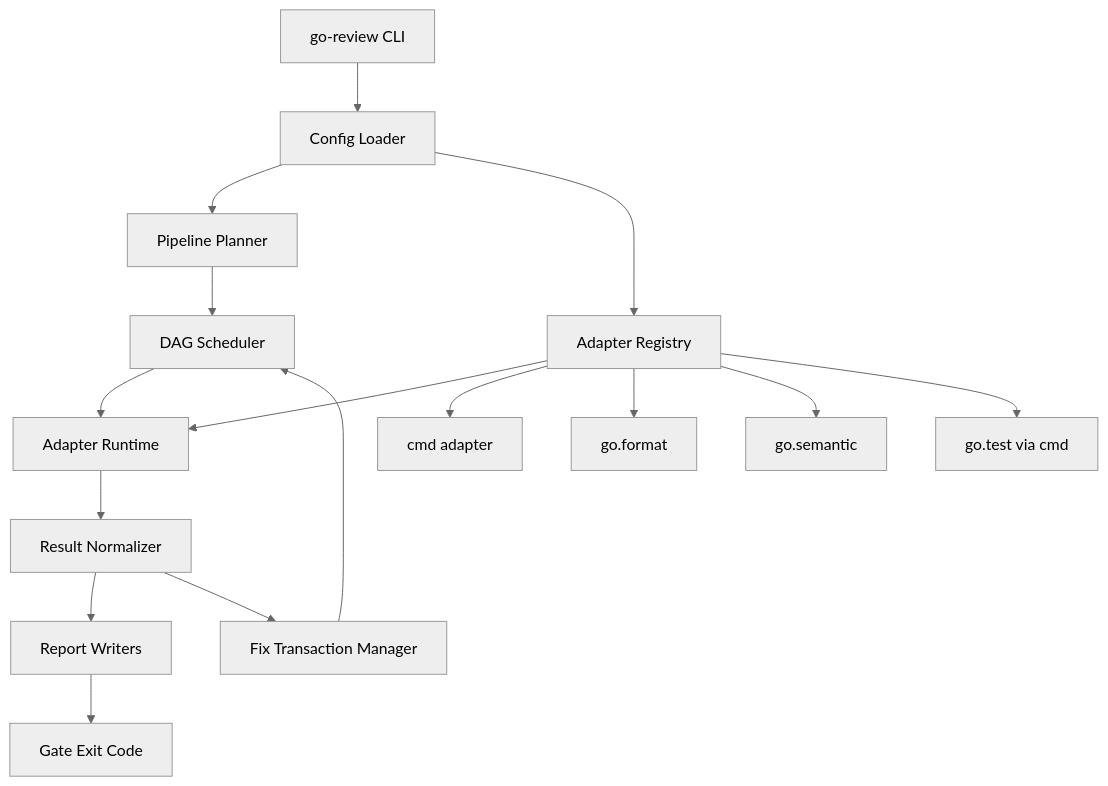
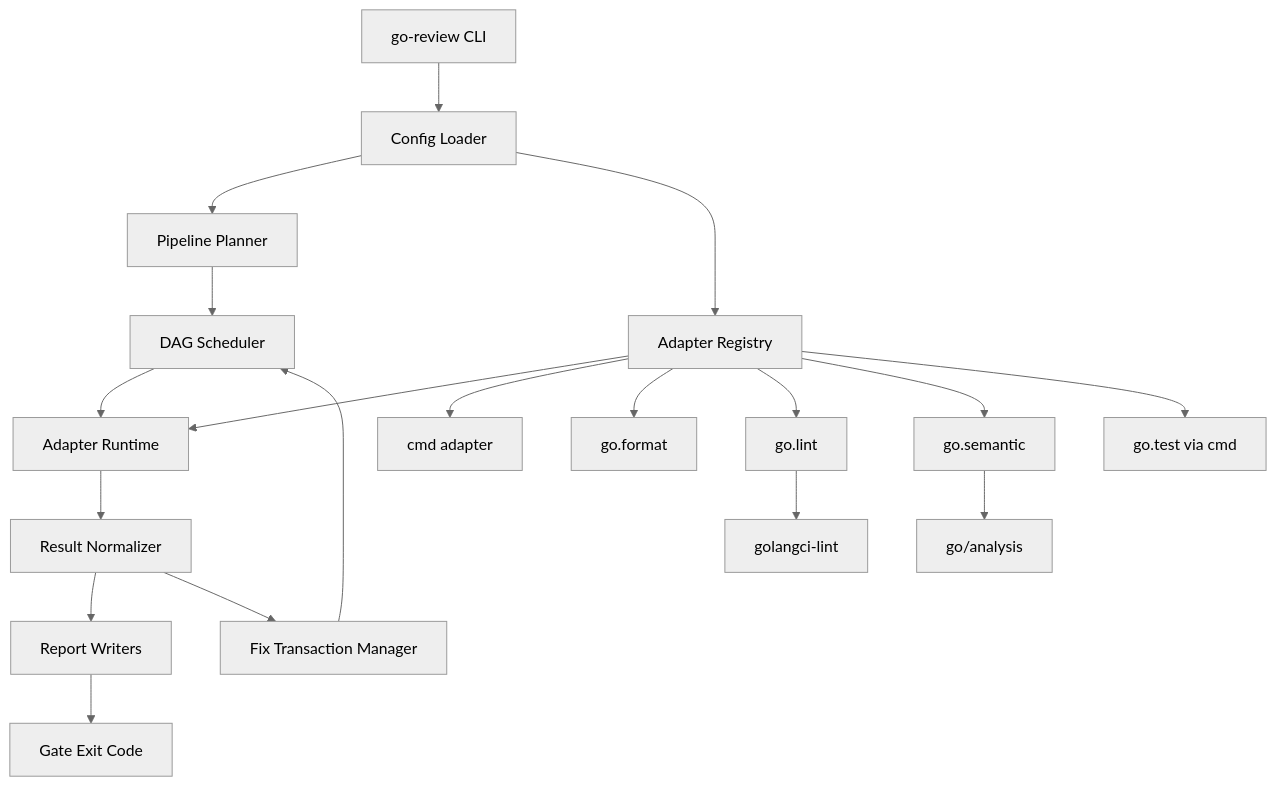
The diagram in docs/backend/README.md (v111nce/go-review), drawn with Mermaid (neutral theme) before and after one commit. The commit also changed other lines of this file and 28 other files, not shown here.

````diff
--- a/docs/backend/README.md
+++ b/docs/backend/README.md
@@ -7,23 +7,26 @@
 ```mermaid
 flowchart TD
   cli[go-review CLI]
   cfg[Config Loader]
   registry[Adapter Registry]
   planner[Pipeline Planner]
   scheduler[DAG Scheduler]
   runner[Adapter Runtime]
   normalizer[Result Normalizer]
   fixer[Fix Transaction Manager]
   reports[Report Writers]
   gate[Gate Exit Code]
 
   cli --> cfg --> planner --> scheduler --> runner
   cfg --> registry --> runner
   runner --> normalizer --> reports --> gate
   normalizer --> fixer --> scheduler
 
   registry --> cmd[cmd adapter]
   registry --> format[go.format]
+  registry --> lint[go.lint]
   registry --> semantic[go.semantic]
   registry --> test[go.test via cmd]
+  lint --> gcl[golangci-lint]
+  semantic --> analysis[go/analysis]
 ```
````
